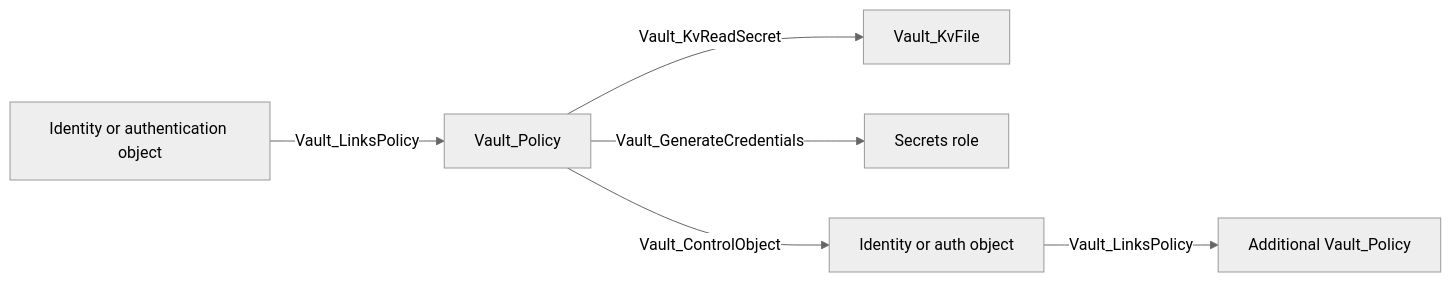
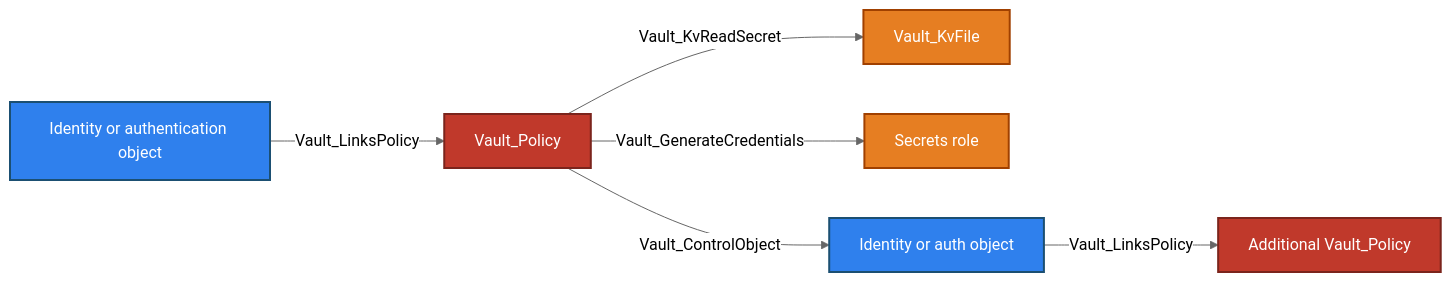
Before and after one commit to bytewreck/opengraph-vault: the fourth of 6 diagrams in Documentation/stores/POLICIES.md, drawn with Mermaid (neutral theme). The commit also changed other lines of this file and 4 other files, not shown here.

````diff
--- a/Documentation/stores/POLICIES.md
+++ b/Documentation/stores/POLICIES.md
@@ -81,8 +97,12 @@
 ```mermaid
 flowchart LR
-    principal["Identity or authentication object"] -->|Vault_LinksPolicy| policy[Vault_Policy]
-    policy -->|Vault_KvReadSecret| secret[Vault_KvFile]
-    policy -->|Vault_GenerateCredentials| role[Secrets role]
-    policy -->|Vault_ControlObject| controlled["Identity or auth object"]
-    controlled -->|Vault_LinksPolicy| elevated["Additional Vault_Policy"]
+    principal["Identity or authentication object"]:::identityNode -->|Vault_LinksPolicy| policy[Vault_Policy]:::policyNode
+    policy -->|Vault_KvReadSecret| secret[Vault_KvFile]:::secretObjectNode
+    policy -->|Vault_GenerateCredentials| role[Secrets role]:::secretObjectNode
+    policy -->|Vault_ControlObject| controlled["Identity or auth object"]:::identityNode
+    controlled -->|Vault_LinksPolicy| elevated["Additional Vault_Policy"]:::policyNode
+
+    classDef identityNode fill:#2F80ED,color:#fff,stroke:#1B4F72,stroke-width:2px
+    classDef policyNode fill:#C0392B,color:#fff,stroke:#7B241C,stroke-width:2px
+    classDef secretObjectNode fill:#E67E22,color:#fff,stroke:#A04000,stroke-width:2px
 ```
````
